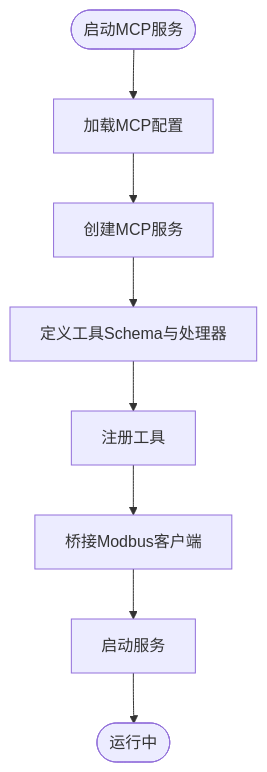
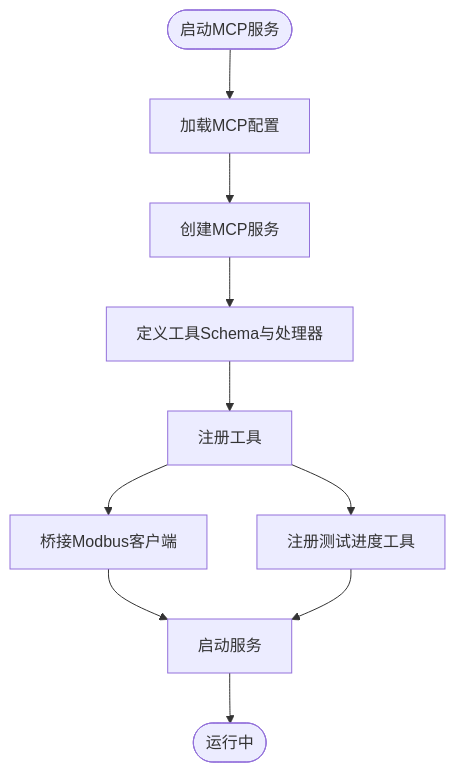
One commit to maomao94/zero-service changed the fifth of 9 diagrams in .qoder/repowiki/zh/content/AI应用模块/AI应用模块.md. Above: the diagram before and after it, drawn with Mermaid. The commit also changed other lines of this file and 42 other files, not shown here.

````diff
--- a/.qoder/repowiki/zh/content/AI应用模块/AI应用模块.md
+++ b/.qoder/repowiki/zh/content/AI应用模块/AI应用模块.md
@@ -366,10 +413,12 @@
 ```mermaid
 flowchart TD
 Start(["启动MCP服务"]) --> LoadCfg["加载MCP配置"]
 LoadCfg --> CreateServer["创建MCP服务"]
 CreateServer --> DefineTool["定义工具Schema与处理器"]
 DefineTool --> RegisterTool["注册工具"]
 RegisterTool --> BridgeModbus["桥接Modbus客户端"]
+RegisterTool --> TestProgress["注册测试进度工具"]
 BridgeModbus --> StartSrv["启动服务"]
+TestProgress --> StartSrv
 StartSrv --> End(["运行中"])
 ```
````
